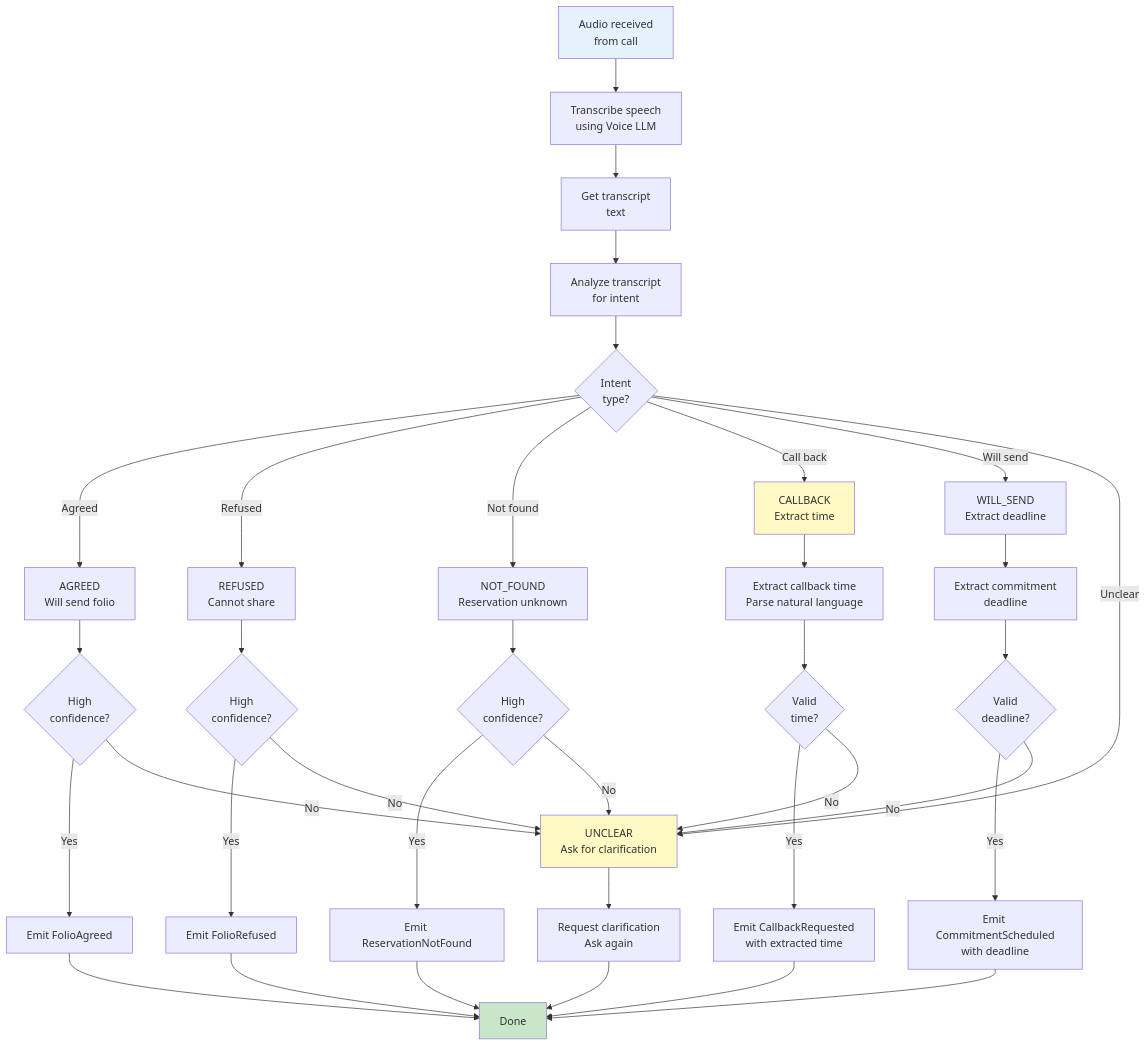
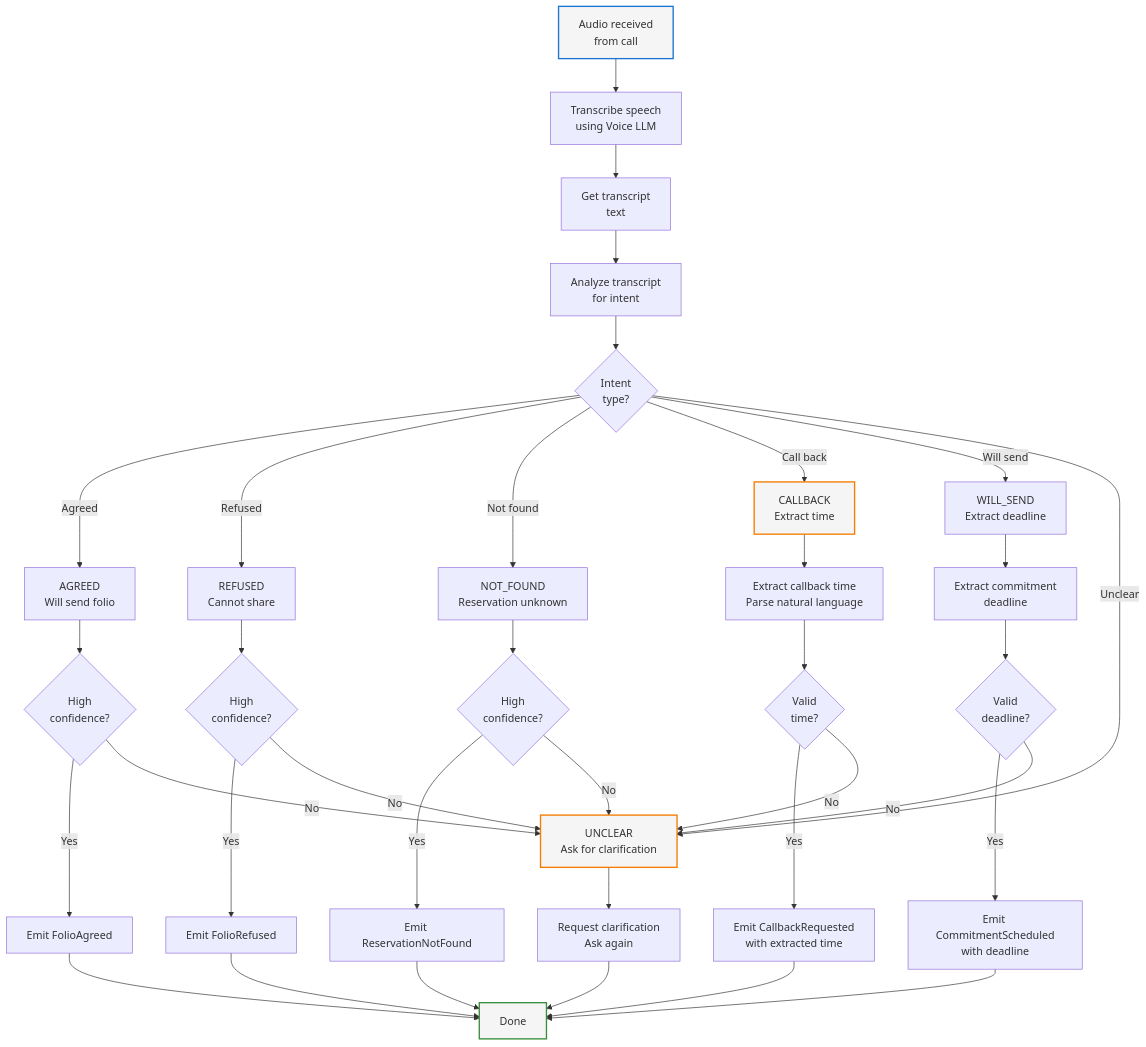
Before and after one commit to Org-for-Folio-AI/FolioAISpecs: the diagram in design/components/05-Voice-Analyzer.md, drawn with Mermaid. The commit also changed 11 other files, not shown here.

First line of the commit message:
Update mermaid diagram colors for dark and light mode compatibility

````diff
--- a/design/components/05-Voice-Analyzer.md
+++ b/design/components/05-Voice-Analyzer.md
@@ -57,52 +57,52 @@
 ```mermaid
 flowchart TD
     Start["Audio received<br/>from call"] --> Transcribe["Transcribe speech<br/>using Voice LLM"]
 
     Transcribe --> Transcript["Get transcript<br/>text"]
 
     Transcript --> Analyze["Analyze transcript<br/>for intent"]
 
     Analyze --> Intent{Intent<br/>type?}
 
     Intent -->|Agreed| Agreed["AGREED<br/>Will send folio"]
     Intent -->|Refused| Refused["REFUSED<br/>Cannot share"]
     Intent -->|Not found| NotFound["NOT_FOUND<br/>Reservation unknown"]
     Intent -->|Call back| Callback["CALLBACK<br/>Extract time"]
     Intent -->|Will send| WillSend["WILL_SEND<br/>Extract deadline"]
     Intent -->|Unclear| Unclear["UNCLEAR<br/>Ask for clarification"]
 
     Agreed --> Conf1{High<br/>confidence?}
     Refused --> Conf2{High<br/>confidence?}
     NotFound --> Conf3{High<br/>confidence?}
     Callback --> ExtractTime["Extract callback time<br/>Parse natural language"]
     WillSend --> ExtractDeadline["Extract commitment<br/>deadline"]
 
     Conf1 -->|Yes| EmitAgree["Emit FolioAgreed"]
     Conf1 -->|No| Unclear
     Conf2 -->|Yes| EmitRefuse["Emit FolioRefused"]
     Conf2 -->|No| Unclear
     Conf3 -->|Yes| EmitNotFound["Emit ReservationNotFound"]
     Conf3 -->|No| Unclear
 
     ExtractTime --> ValidateTime{Valid<br/>time?}
     ValidateTime -->|Yes| EmitCallback["Emit CallbackRequested<br/>with extracted time"]
     ValidateTime -->|No| Unclear
 
     ExtractDeadline --> ValidateDL{Valid<br/>deadline?}
     ValidateDL -->|Yes| EmitWillSend["Emit CommitmentScheduled<br/>with deadline"]
     ValidateDL -->|No| Unclear
 
     Unclear --> Clarify["Request clarification<br/>Ask again"]
     Clarify --> Done
 
     EmitAgree --> Done["Done"]
     EmitRefuse --> Done
     EmitNotFound --> Done
     EmitCallback --> Done
     EmitWillSend --> Done
 
-    style Start fill:#e3f2fd
-    style Done fill:#c8e6c9
-    style Unclear fill:#fff9c4
-    style Callback fill:#fff9c4
+    style Start stroke:#1976d2,fill:#f5f5f5,stroke-width:2px
+    style Done stroke:#388e3c,fill:#f5f5f5,stroke-width:2px
+    style Unclear stroke:#f57c00,fill:#f5f5f5,stroke-width:2px
+    style Callback stroke:#f57c00,fill:#f5f5f5,stroke-width:2px
 ```
````
